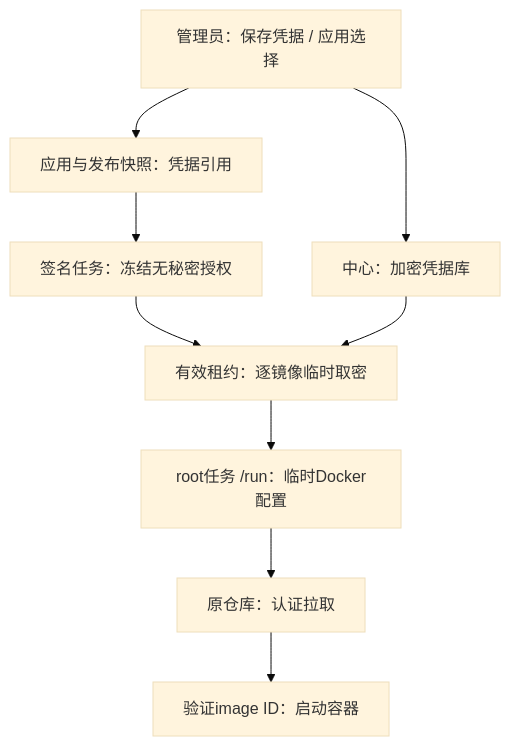
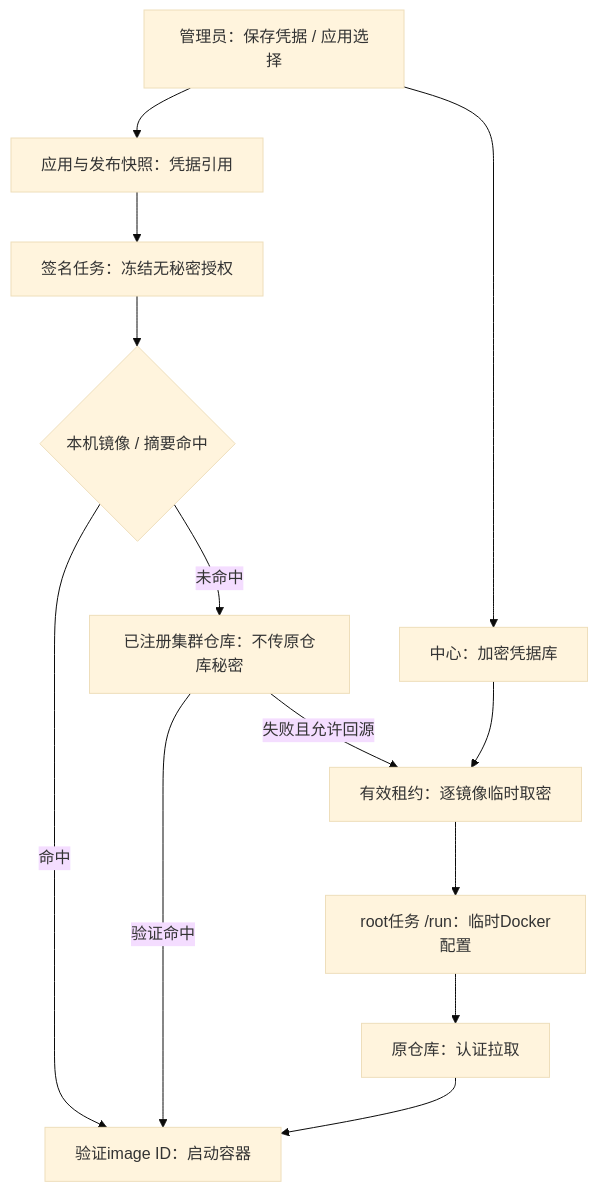
Diagram 50 of 51 in docs/system-design.md (workhold/lightmoni), drawn with Mermaid (base theme) before and after one commit. The commit also changed other lines of this file and 15 other files, not shown here.

````diff
--- a/docs/system-design.md
+++ b/docs/system-design.md
@@ -2611,11 +2611,15 @@
 ```mermaid
 flowchart TB
   ui["管理员：保存凭据 / 应用选择"] --> vault["中心：加密凭据库"]
   ui --> refs["应用与发布快照：凭据引用"]
   refs --> job["签名任务：冻结无秘密授权"]
-  job --> lease["有效租约：逐镜像临时取密"]
+  job --> local{"本机镜像 / 摘要命中"}
+  local -->|命中| pinned
+  local -->|未命中| cache["已注册集群仓库：不传原仓库秘密"]
+  cache -->|验证命中| pinned
+  cache -->|失败且允许回源| lease["有效租约：逐镜像临时取密"]
   vault --> lease
   lease --> temp["root任务 /run：临时Docker配置"]
   temp --> registry["原仓库：认证拉取"]
   registry --> pinned["验证image ID：启动容器"]
 ```
````
